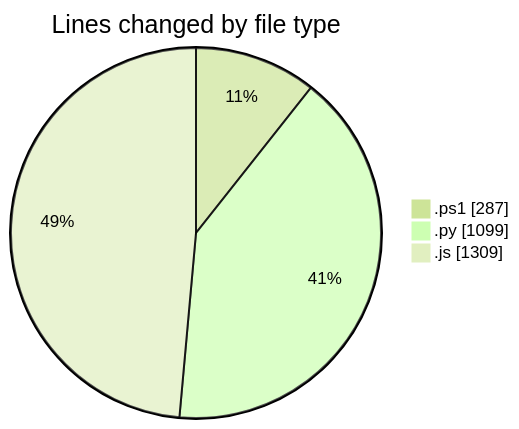
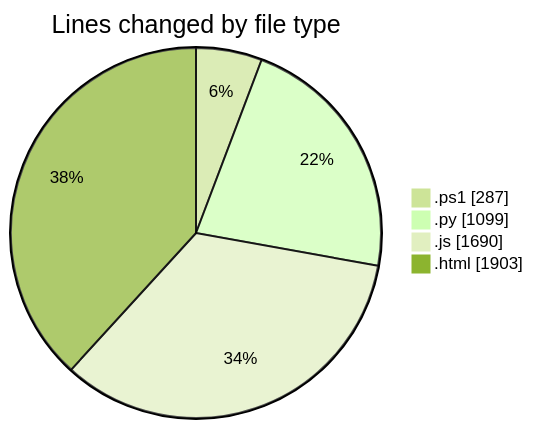
One commit to shibass792/code-tracking changed the first of 2 diagrams in 2026-07-14/shibass-ai/README.md. Above: the diagram before and after it, drawn with Mermaid (forest theme). The commit also changed other lines of this file and 1 other file, not shown here.

````diff
--- a/2026-07-14/shibass-ai/README.md
+++ b/2026-07-14/shibass-ai/README.md
@@ -25,7 +26,8 @@
 ```mermaid
 pie showData
 title Lines changed by file type
 ".ps1" : 287
 ".py" : 1099
-".js" : 1309
+".js" : 1690
+".html" : 1903
 ```
````
